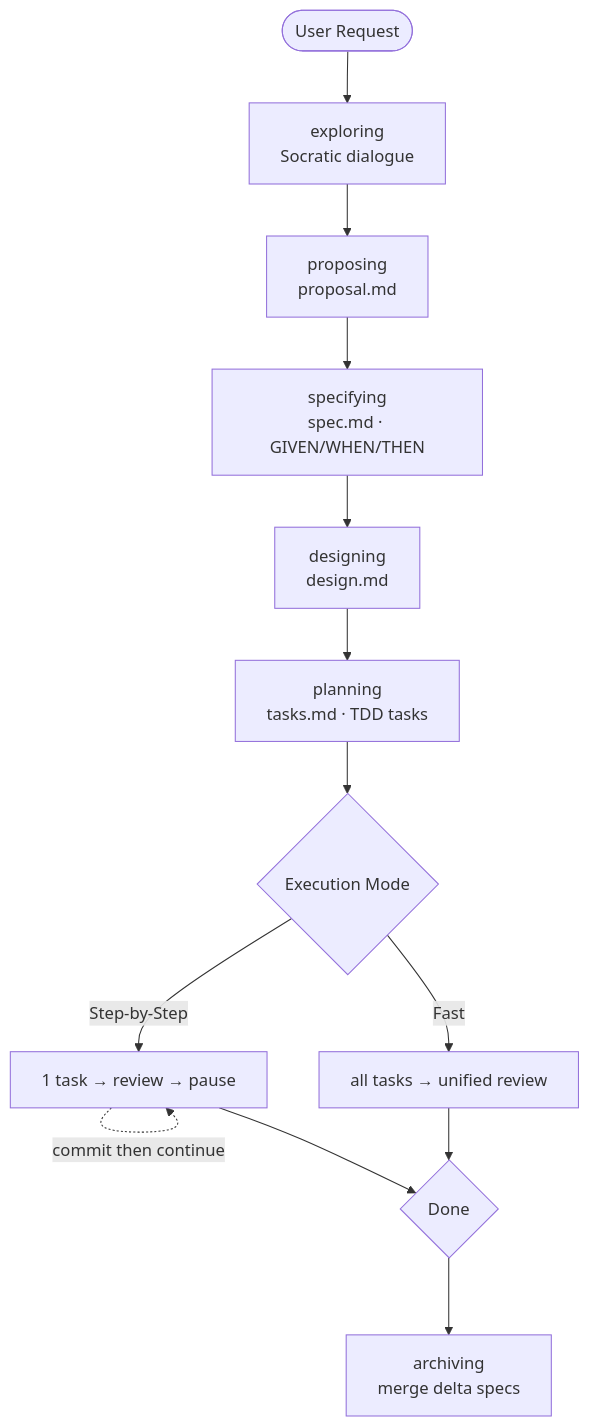
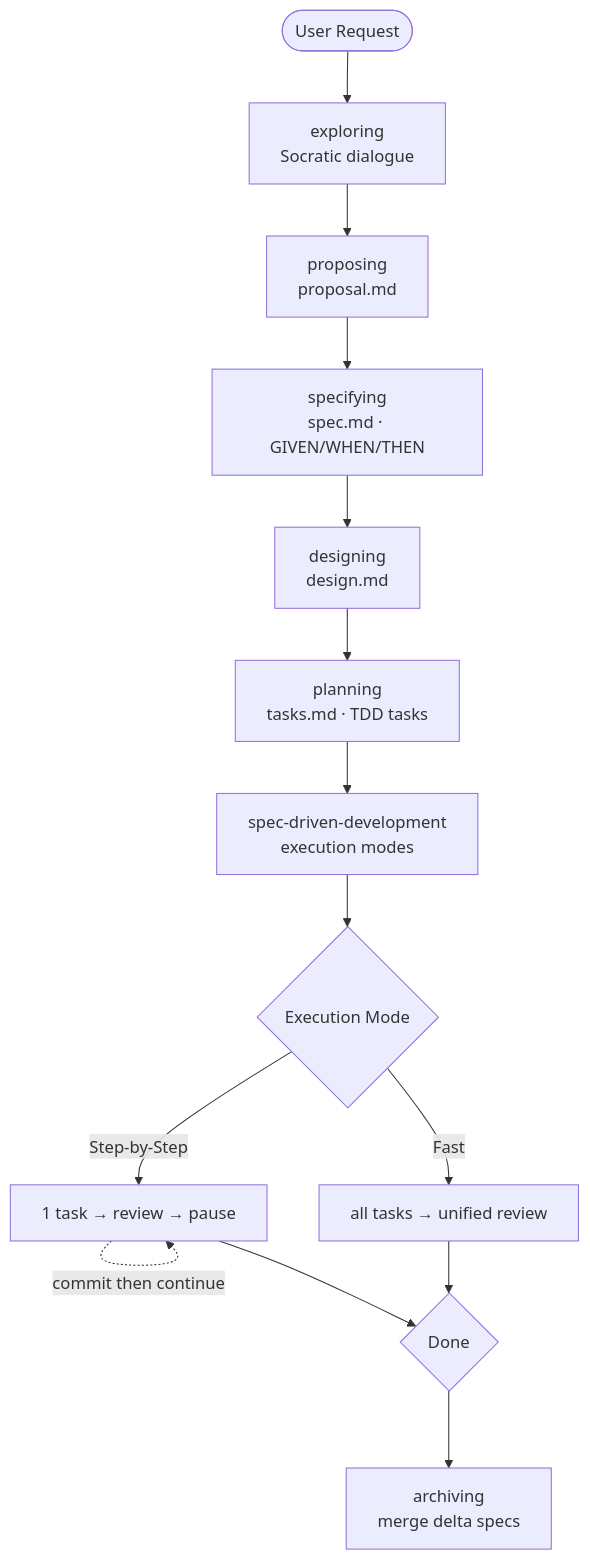
The diagram in README.md (NSObjects/specpowers), drawn with Mermaid before and after one commit. The commit also changed other lines of this file and 47 other files, not shown here.

````diff
--- a/README.md
+++ b/README.md
@@ -40,15 +42,16 @@
 ```mermaid
 flowchart TD
     Start([User Request]) --> Exploring[exploring<br/>Socratic dialogue]
     Exploring --> Proposing[proposing<br/>proposal.md]
     Proposing --> Specifying[specifying<br/>spec.md · GIVEN/WHEN/THEN]
     Specifying --> Designing[designing<br/>design.md]
     Designing --> Planning[planning<br/>tasks.md · TDD tasks]
-    Planning --> Choice{Execution Mode}
+    Planning --> Execution[spec-driven-development<br/>execution modes]
+    Execution --> Choice{Execution Mode}
     Choice -->|Step-by-Step| Step[1 task → review → pause]
     Choice -->|Fast| Fast[all tasks → unified review]
     Step -.->|commit then continue| Step
     Step --> Done
     Fast --> Done
     Done{Done} --> Archiving[archiving<br/>merge delta specs]
 ```
````
